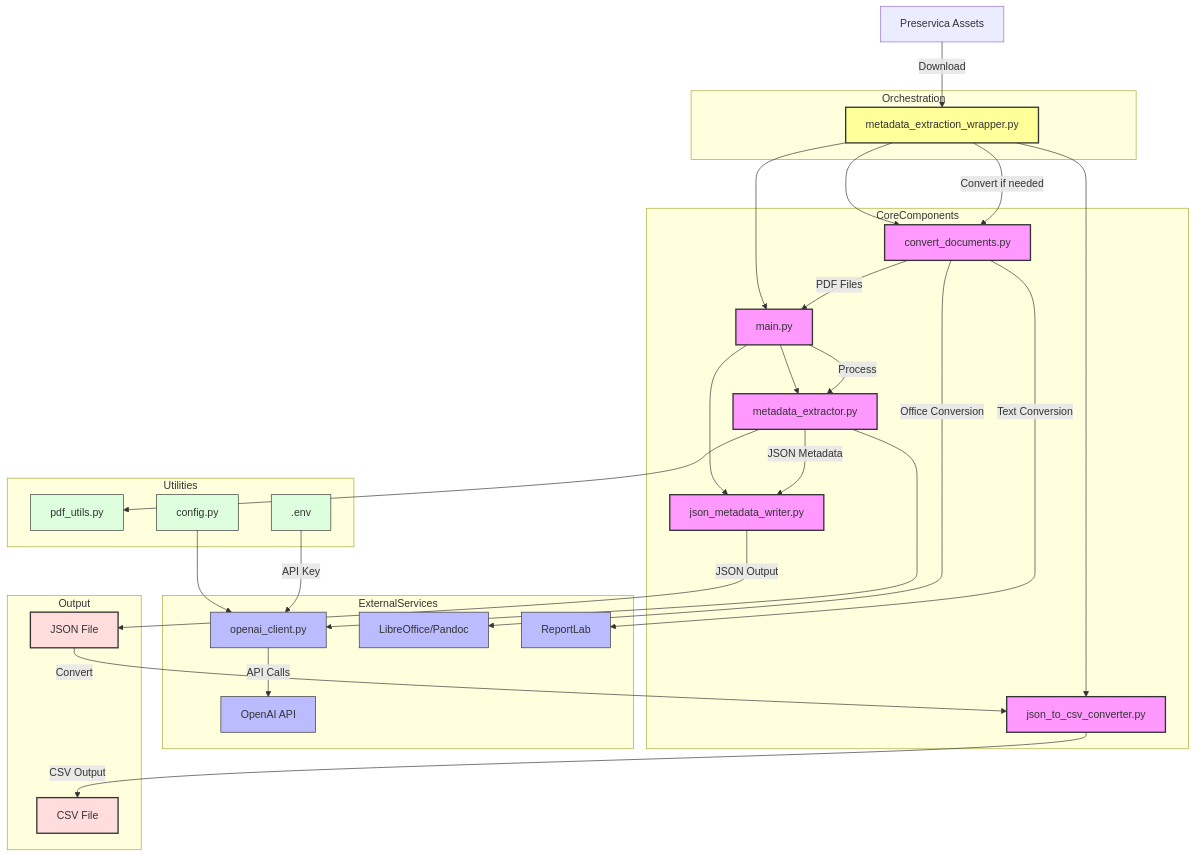
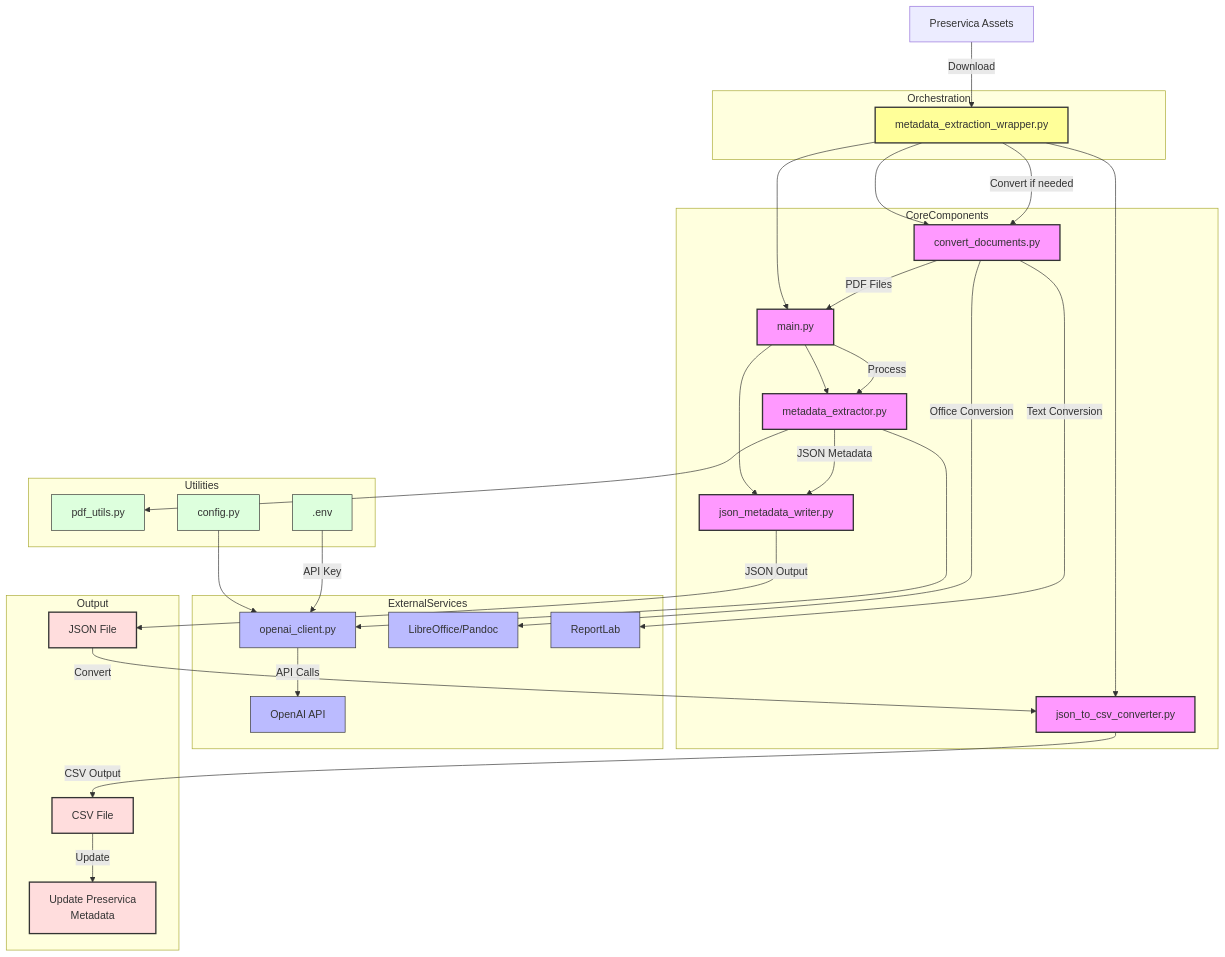
The second of 2 diagrams in README.md (icaew-digital-archive/metadata-extraction), drawn with Mermaid before and after one commit. The commit also changed other lines of this file, not shown here.

````diff
--- a/README.md
+++ b/README.md
@@ -36,76 +42,78 @@
 ```mermaid
 graph TD
     %% Main Components
     Wrapper[metadata_extraction_wrapper.py] --> Main[main.py]
     Wrapper --> Converter[convert_documents.py]
     Wrapper --> JSONConverter[json_to_csv_converter.py]
     Main --> Extractor[metadata_extractor.py]
     Main --> JSONWriter[json_metadata_writer.py]
     
     %% Metadata Extractor Dependencies
     Extractor --> OpenAIClient[openai_client.py]
     Extractor --> PDFUtils[pdf_utils.py]
     
     %% Configuration and Environment
     Config[config.py] --> OpenAIClient
     Env[.env] -->|API Key| OpenAIClient
     
     %% Data Flow
     PreservicaAssets[Preservica Assets] -->|Download| Wrapper
     Wrapper -->|Convert if needed| Converter
     Converter -->|PDF Files| Main
     Main -->|Process| Extractor
     Extractor -->|JSON Metadata| JSONWriter
     JSONWriter -->|JSON Output| JSONFile[JSON File]
     JSONFile -->|Convert| JSONConverter
     JSONConverter -->|CSV Output| CSVFile[CSV File]
+    CSVFile -->|Update| PreservicaUpdate[Update Preservica<br/>Metadata]
     
     %% External Services
     OpenAIClient -->|API Calls| OpenAI[OpenAI API]
     Converter -->|Office Conversion| LibreOffice[LibreOffice/Pandoc]
     Converter -->|Text Conversion| ReportLab[ReportLab]
     
     %% Component Details
     subgraph Orchestration
         Wrapper
     end
     
     subgraph CoreComponents
         Main
         Extractor
         JSONWriter
         Converter
         JSONConverter
     end
     
     subgraph ExternalServices
         OpenAIClient
         OpenAI
         LibreOffice
         ReportLab
     end
     
     subgraph Utilities
         PDFUtils
         Config
         Env
     end
     
     subgraph Output
         JSONFile
         CSVFile
+        PreservicaUpdate
     end
     
     %% Styling
     classDef primary fill:#f9f,stroke:#333,stroke-width:2px
     classDef secondary fill:#bbf,stroke:#333,stroke-width:1px
     classDef utility fill:#dfd,stroke:#333,stroke-width:1px
     classDef wrapper fill:#ff9,stroke:#333,stroke-width:2px
     classDef output fill:#fdd,stroke:#333,stroke-width:2px
     
     class Wrapper wrapper
     class Main,Extractor,JSONWriter,Converter,JSONConverter primary
     class OpenAIClient,OpenAI,LibreOffice,ReportLab secondary
     class PDFUtils,Config,Env utility
-    class JSONFile,CSVFile output
+    class JSONFile,CSVFile,PreservicaUpdate output
 ```
````
